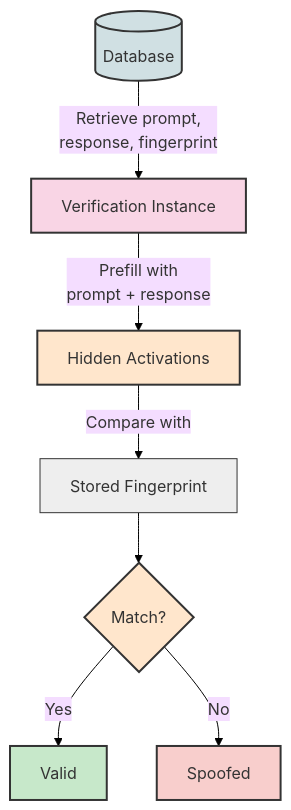
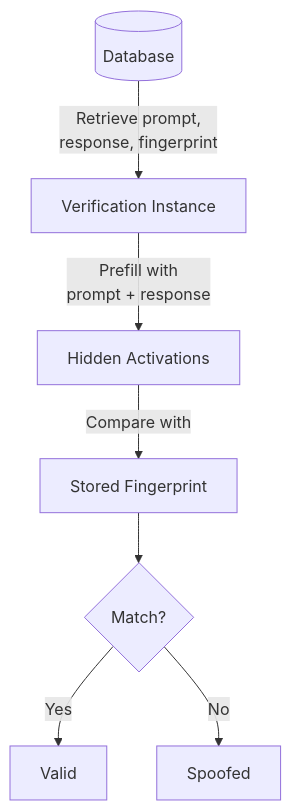
One commit to context-labs/sglang changed the second of 5 diagrams in VERIFICATION_README.md. Above: the diagram before and after it, drawn with Mermaid. The commit also changed other lines of this file, not shown here.

Commit message:
fixed the mermaid diagram colors

````diff
--- a/VERIFICATION_README.md
+++ b/VERIFICATION_README.md
@@ -102,18 +95,11 @@
 ```mermaid
-%%{init: {'theme': 'base', 'themeVariables': { 'background': '#ffffff' }}}%%
 graph
     DB[(Database)] -->|"Retrieve prompt,<br>response, fingerprint"| V[Verification Instance]
     V -->|"Prefill with<br>prompt + response"| H[Hidden Activations]
     H -->|Compare with| F[Stored Fingerprint]
     F --> C{Match?}
     C -->|Yes| Valid[Valid]
     C -->|No| Invalid[Spoofed]
 
-    style DB fill:#d0e0e3,stroke:#333,stroke-width:2px
-    style V fill:#f9d5e5,stroke:#333,stroke-width:2px
-    style H fill:#ffe6cc,stroke:#333,stroke-width:2px
-    style F fill:#eeeeee,stroke:#333,stroke-width:1px
-    style C fill:#ffe6cc,stroke:#333,stroke-width:2px
-    style Valid fill:#c7e8ca,stroke:#333,stroke-width:2px
-    style Invalid fill:#f8cecc,stroke:#333,stroke-width:2px
+
 ```
````
